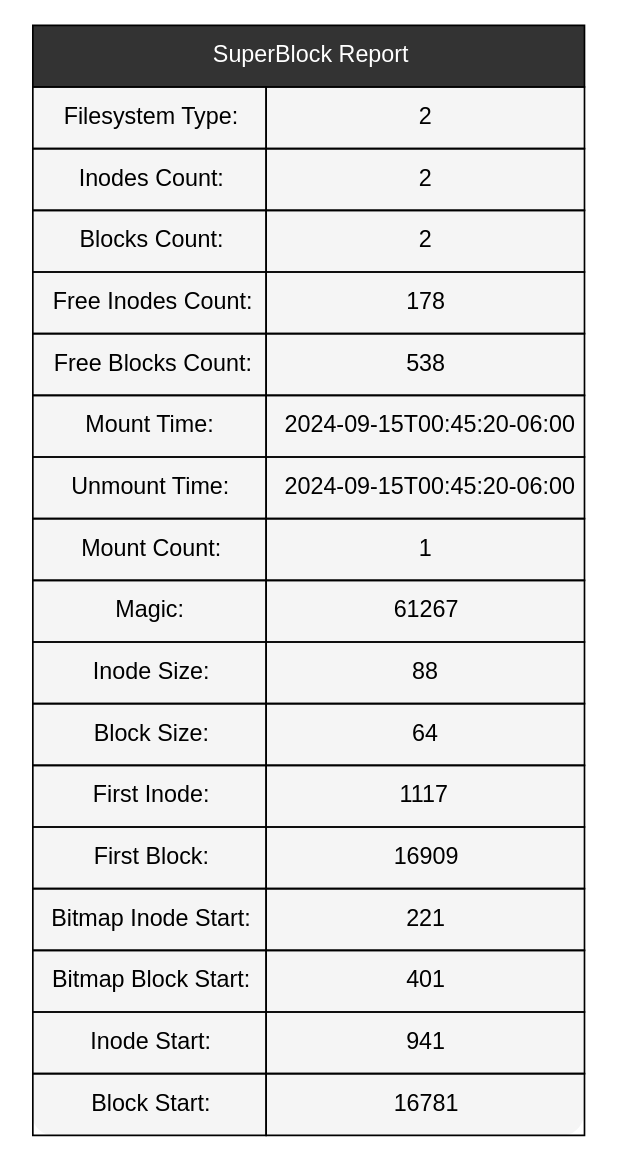
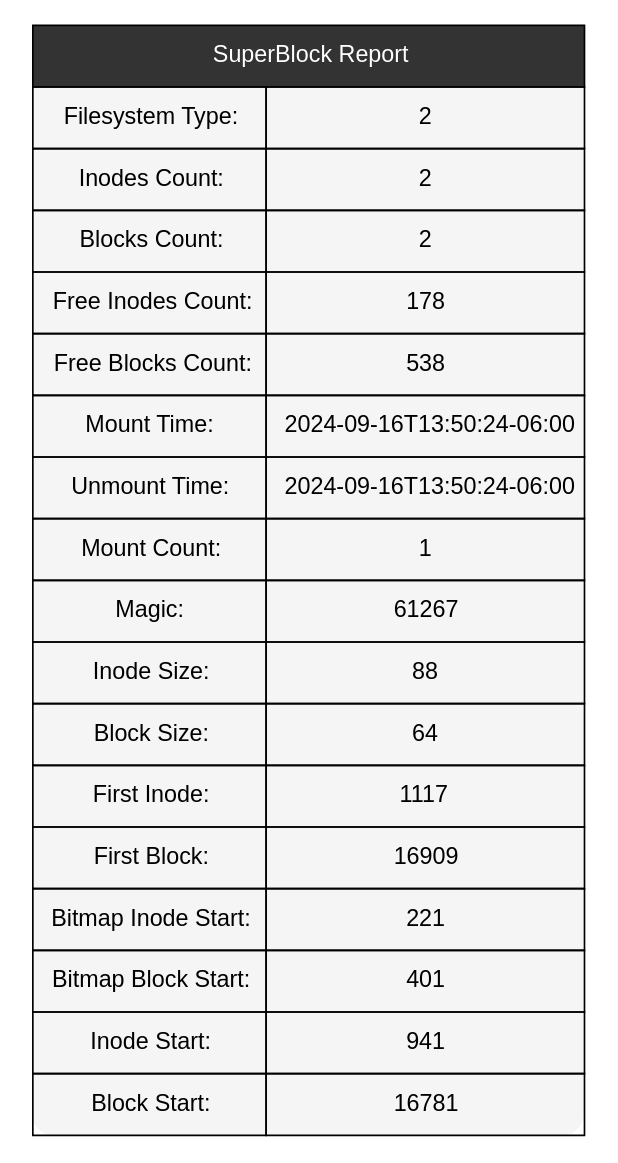
The diagram in Backend/SuperBlock.dot (JoseLorenzana272/Disk-Creator-Simulation), drawn with Graphviz before and after one commit. The commit also changed 14 other files, not shown here.

```diff
--- a/Backend/SuperBlock.dot
+++ b/Backend/SuperBlock.dot
@@ -1,29 +1,29 @@
 digraph SuperBlock {
   node [shape=none, fontname="Helvetica,Arial,sans-serif"];
   rankdir=TB;
 
   sb [label=<
     <table border='0' cellborder='1' cellspacing='0' cellpadding='10' style='rounded' bgcolor='#F5F5F5'>
       <tr>
         <td colspan='2' bgcolor='#333333'><font color='white'>SuperBlock Report</font></td>
       </tr>
       <tr><td>Filesystem Type:</td><td>2</td></tr>
       <tr><td>Inodes Count:</td><td>2</td></tr>
       <tr><td>Blocks Count:</td><td>2</td></tr>
       <tr><td>Free Inodes Count:</td><td>178</td></tr>
       <tr><td>Free Blocks Count:</td><td>538</td></tr>
-      <tr><td>Mount Time:</td><td>2024-09-15T00:45:20-06:00</td></tr>
-      <tr><td>Unmount Time:</td><td>2024-09-15T00:45:20-06:00</td></tr>
+      <tr><td>Mount Time:</td><td>2024-09-16T13:50:24-06:00</td></tr>
+      <tr><td>Unmount Time:</td><td>2024-09-16T13:50:24-06:00</td></tr>
       <tr><td>Mount Count:</td><td>1</td></tr>
       <tr><td>Magic:</td><td>61267</td></tr>
       <tr><td>Inode Size:</td><td>88</td></tr>
       <tr><td>Block Size:</td><td>64</td></tr>
       <tr><td>First Inode:</td><td>1117</td></tr>
       <tr><td>First Block:</td><td>16909</td></tr>
       <tr><td>Bitmap Inode Start:</td><td>221</td></tr>
       <tr><td>Bitmap Block Start:</td><td>401</td></tr>
       <tr><td>Inode Start:</td><td>941</td></tr>
       <tr><td>Block Start:</td><td>16781</td></tr>
     </table>
   >];
 }
```
